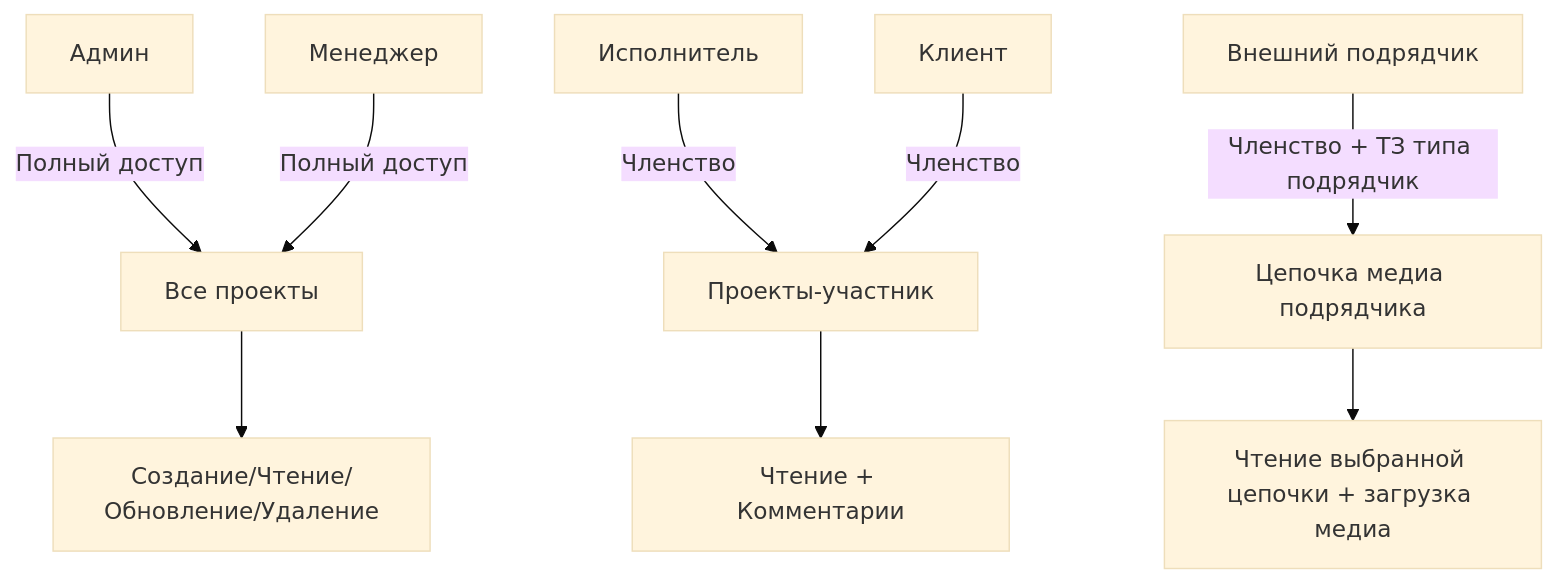
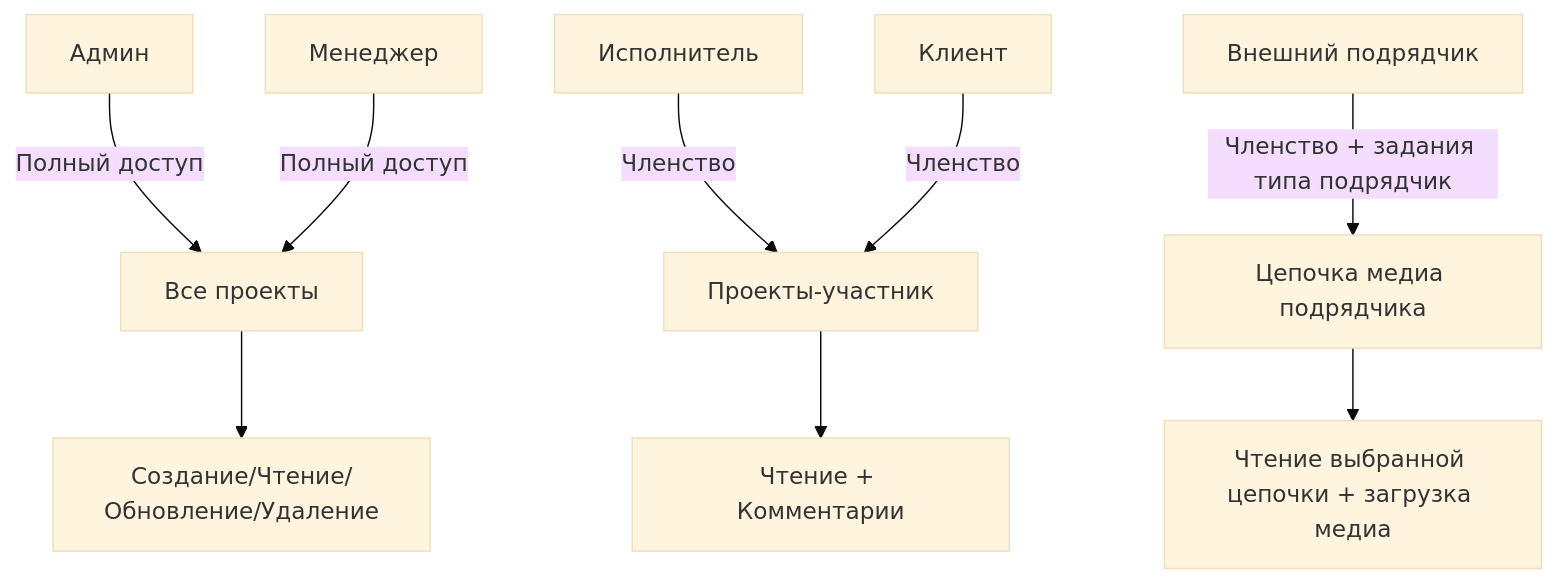
One commit to eQurane/mox changed the first of 3 diagrams in .cursor/rules/access-matrix.mdc. Above: the diagram before and after it, drawn with Mermaid (base theme). The commit also changed other lines of this file and 42 other files, not shown here.

````diff
--- a/.cursor/rules/access-matrix.mdc
+++ b/.cursor/rules/access-matrix.mdc
@@ -62,18 +62,18 @@
 ```mermaid
 graph TD
     Admin[Админ]
     Manager[Менеджер]
     Executor[Исполнитель]
     Contractor[Внешний подрядчик]
     Client[Клиент]
     
     Admin -->|Полный доступ| AllProjects[Все проекты]
     Manager -->|Полный доступ| AllProjects
     Executor -->|Членство| MemberProjects[Проекты-участник]
     Client -->|Членство| MemberProjects
-    Contractor -->|Членство + ТЗ типа подрядчик| ContractorScope[Цепочка медиа подрядчика]
+    Contractor -->|Членство + задания типа подрядчик| ContractorScope[Цепочка медиа подрядчика]
     
     AllProjects --> CRUD[Создание/Чтение/Обновление/Удаление]
     MemberProjects --> Read[Чтение + Комментарии]
     ContractorScope --> Upload[Чтение выбранной цепочки + загрузка медиа]
 ```
````
